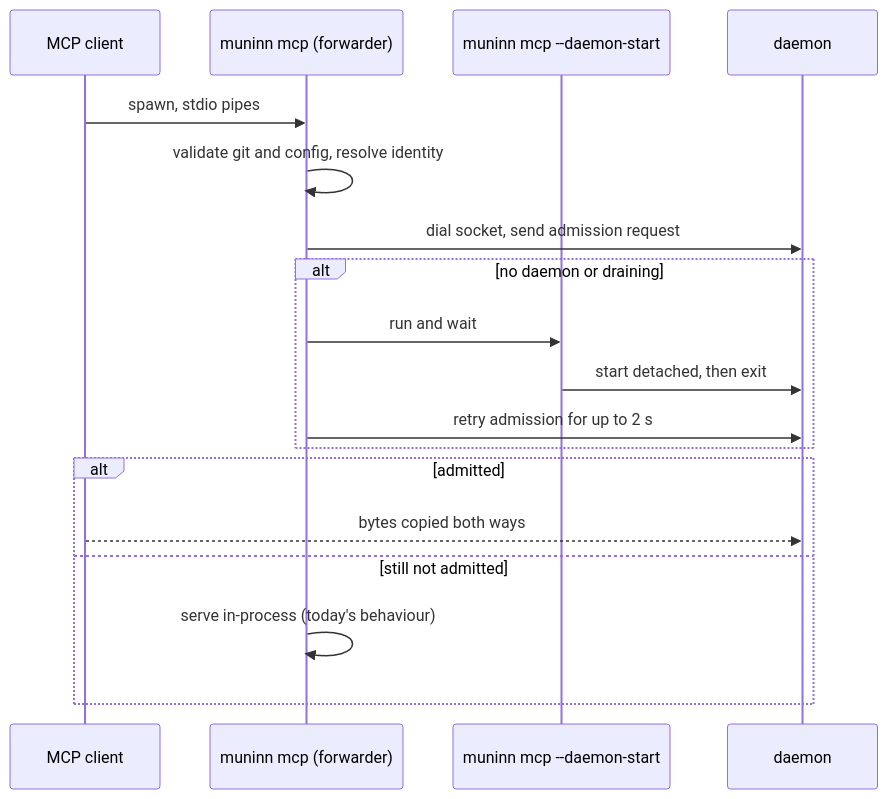
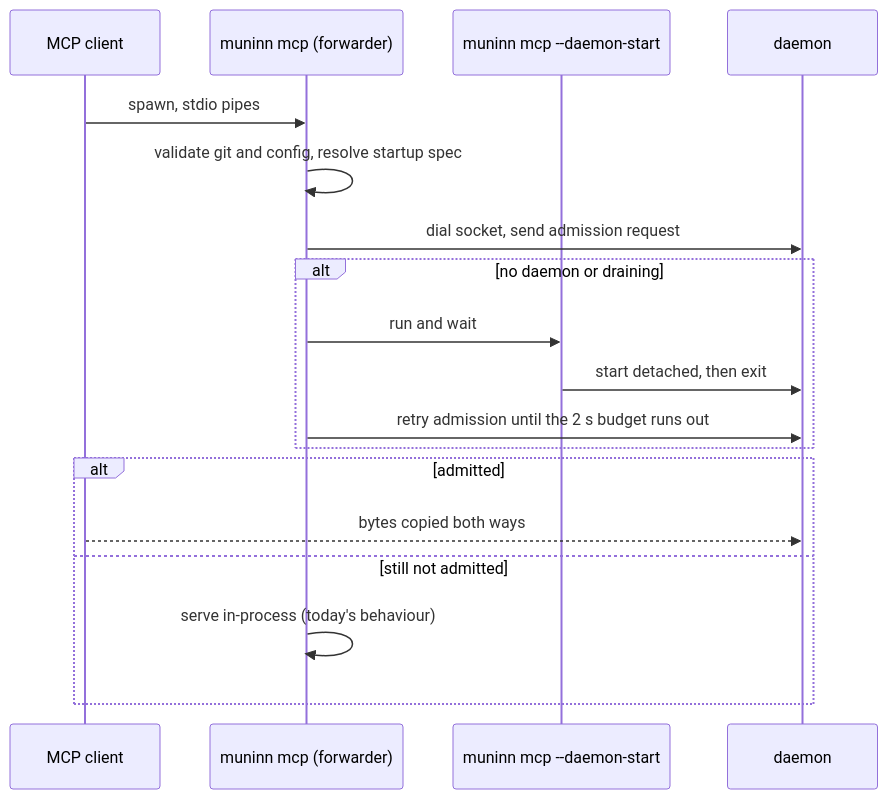
The diagram in plans/design-2026-10-20-shared-mcp-daemon.md (Broderick-Westrope/muninn), drawn with Mermaid before and after one commit. The commit also changed other lines of this file, not shown here.

First line of the commit message:
docs: correct the shared daemon's session-end semantics and harden admission

````diff
--- a/plans/design-2026-10-20-shared-mcp-daemon.md
+++ b/plans/design-2026-10-20-shared-mcp-daemon.md
@@ -112,20 +113,20 @@
 ```mermaid
 sequenceDiagram
     participant C as MCP client
     participant F as muninn mcp (forwarder)
     participant S as muninn mcp --daemon-start
     participant D as daemon
     C->>F: spawn, stdio pipes
-    F->>F: validate git and config, resolve identity
+    F->>F: validate git and config, resolve startup spec
     F->>D: dial socket, send admission request
     alt no daemon or draining
         F->>S: run and wait
         S->>D: start detached, then exit
-        F->>D: retry admission for up to 2 s
+        F->>D: retry admission until the 2 s budget runs out
     end
     alt admitted
         C-->>D: bytes copied both ways
     else still not admitted
         F->>F: serve in-process (today's behaviour)
     end
 ```
````
